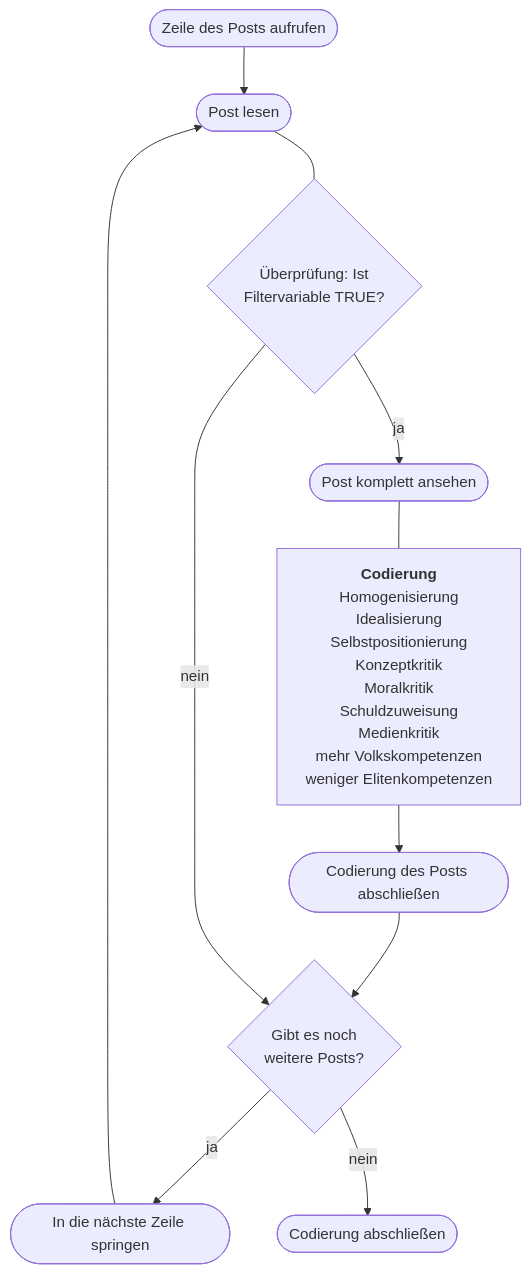
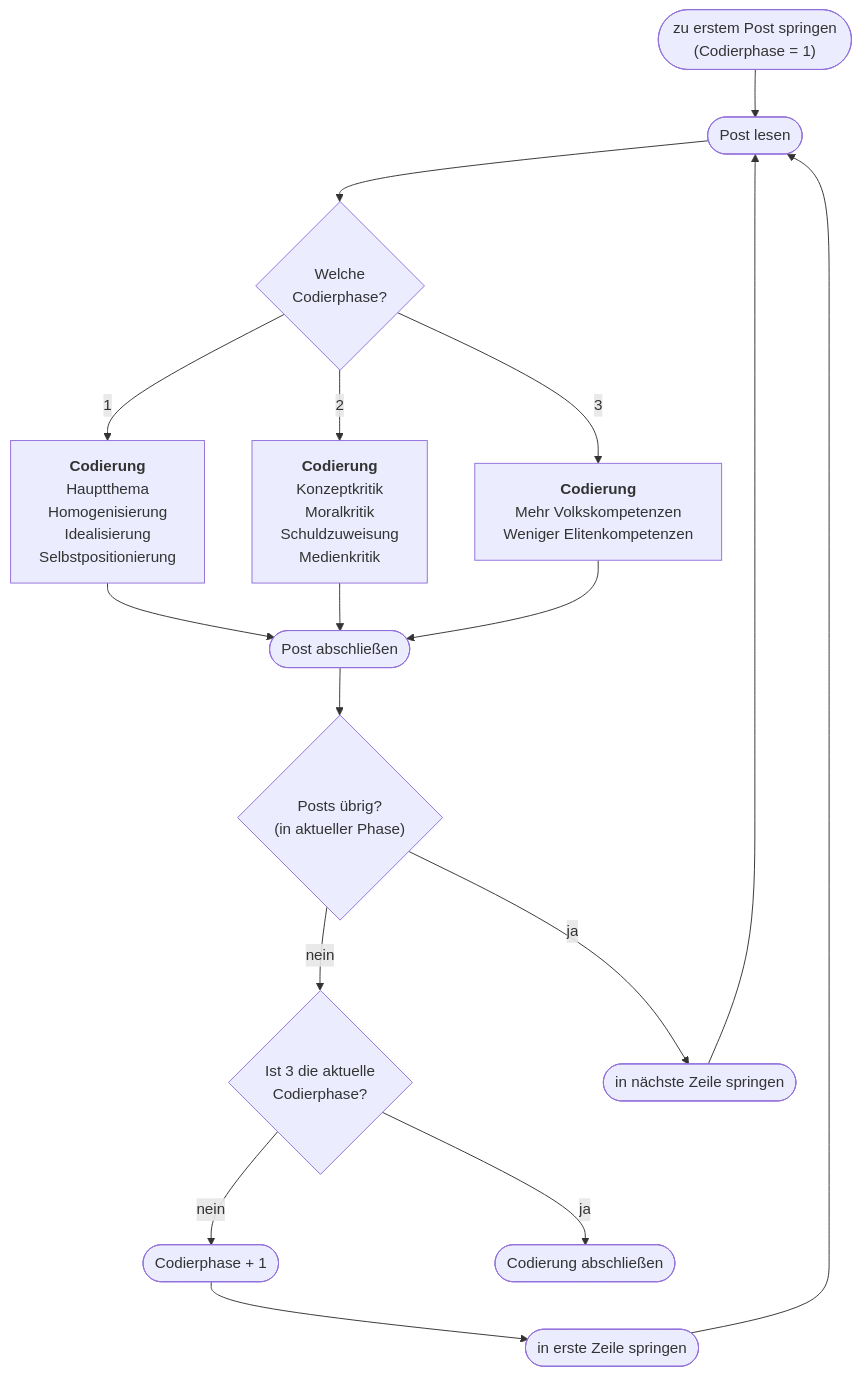
One commit to apfelpfluecker/polges changed the diagram in files/Codebuch.qmd. Above: the diagram before and after it, drawn with Mermaid. The commit also changed other lines of this file and 13 other files, not shown here.

````diff
--- a/files/Codebuch.qmd
+++ b/files/Codebuch.qmd
@@ -212,29 +132,39 @@
 ```{mermaid vorgehensweise}
 %%| label: fig-vorgehensweise
 %%| fig-cap: Visuelle Darstellung der Vorgehensweise. Eigene Abbildung.
-%%| fig-width: 4
+%%| fig-width: 5
+%%| mermaid-format: forest
 
 flowchart TD
-  1([Zeile des Posts aufrufen]) --> 2([Post lesen])
-  2 --- 3{"Überprüfung: Ist
-  Filtervariable TRUE?"}
-  3 --> |ja| 4([Post komplett ansehen])
-  4 --- 5["`**Codierung**
+  0(["zu erstem Post springen
+  (Codierphase = 1)"]) -->  1([Post lesen])
+  1 --> 2{"Welche 
+  Codierphase?"}
+  2 --> |1| 3["`**Codierung**
+  Hauptthema
   Homogenisierung
   Idealisierung
-  Selbstpositionierung
+  Selbstpositionierung`"]
+  3 --> 4([Post abschließen])
+  4 --> 5{"Posts übrig?
+  (in aktueller Phase)"}
+  5 --> |nein| 6{"Ist 3 die aktuelle
+  Codierphase?"}
+  6 --> |nein| 7([Codierphase + 1])
+  7 --> 13([in erste Zeile springen])
+  13 --> 1
+  2 --> |2| 8["`**Codierung**
   Konzeptkritik
   Moralkritik
   Schuldzuweisung
-  Medienkritik
-  mehr Volkskompetenzen
-  weniger Elitenkompetenzen`"]
-  5 --> 6([Codierung des Posts abschließen])
-  6 --> 7{"Gibt es noch 
-  weitere Posts?"}
-  7 --> |ja| 8([In die nächste Zeile springen])
-  8 --> 2
-  7 --> |nein| 9([Codierung abschließen])
-  3 --> |nein| 7
+  Medienkritik`"]
+  8 --> 4
+  2 --> |3| 10["`**Codierung**
+  Mehr Volkskompetenzen
+  Weniger Elitenkompetenzen`"]
+  10 --> 4
+  5 --> |ja| 12([in nächste Zeile springen])
+  12 --> 1
+  6 --> |ja| 14([Codierung abschließen])
 
 ```
````
